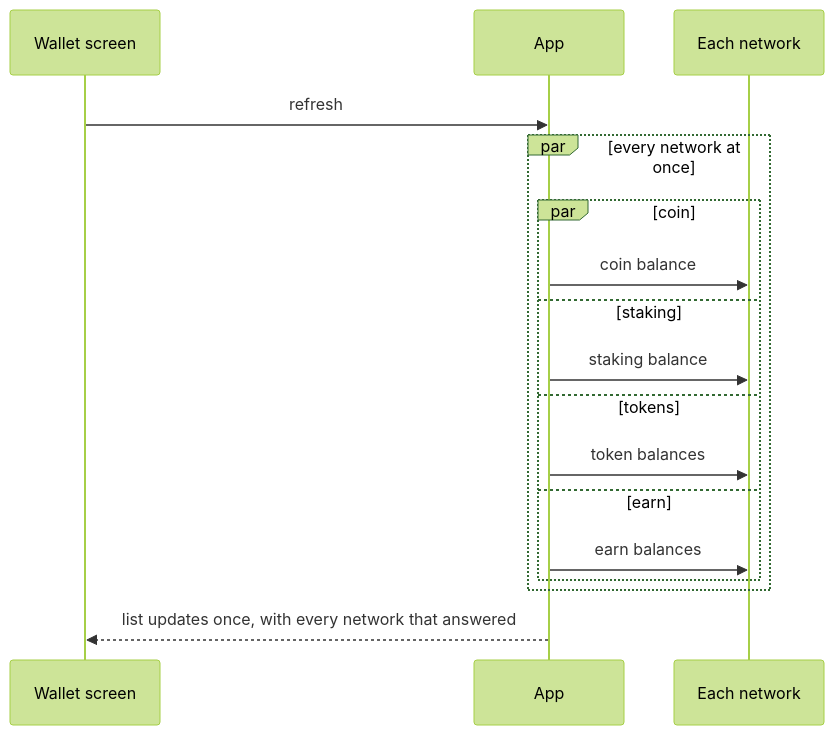
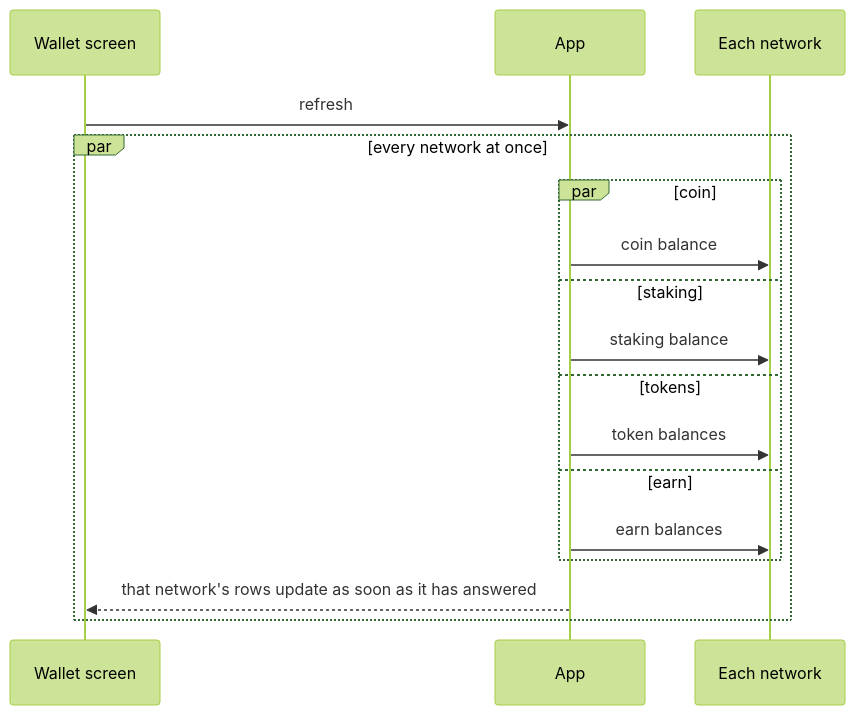
One commit to gemwalletcom/wallet changed the first of 2 diagrams in docs/product/wallet.md. Above: the diagram before and after it, drawn with Mermaid (forest theme). The commit also changed other lines of this file and 5 other files, not shown here.

Commit message:
Balance refresh writes each network as it answers and keeps the components that answered when one fails

````diff
--- a/docs/product/wallet.md
+++ b/docs/product/wallet.md
@@ -17,19 +17,19 @@
 ```mermaid
 sequenceDiagram
     participant Screen as Wallet screen
     participant App
     participant Chain as Each network
     Screen->>App: refresh
     par every network at once
         par coin
             App->>Chain: coin balance
         and staking
             App->>Chain: staking balance
         and tokens
             App->>Chain: token balances
         and earn
             App->>Chain: earn balances
         end
+        App-->>Screen: that network's rows update as soon as it has answered
     end
-    App-->>Screen: list updates once, with every network that answered
 ```
````
